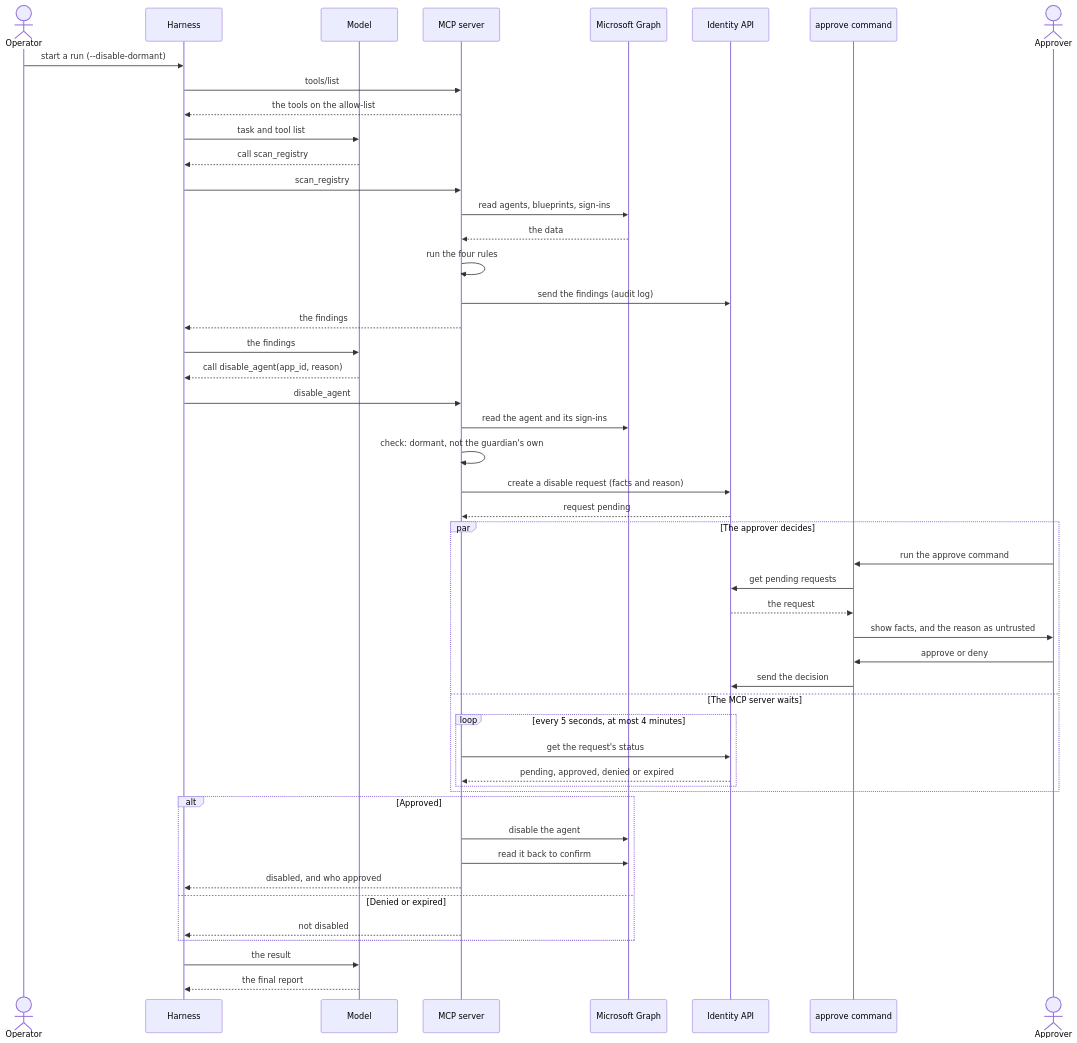
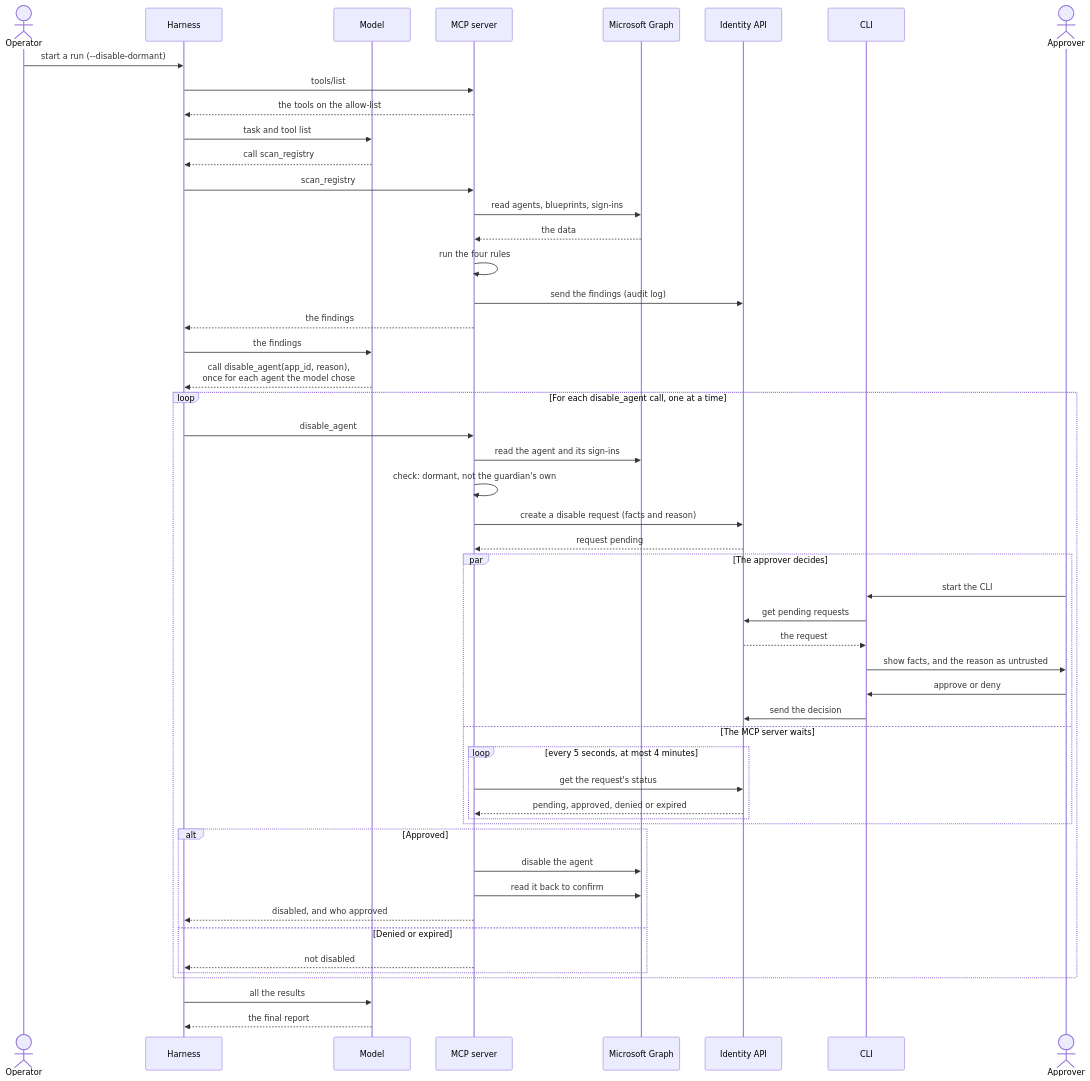
Before and after one commit to alireza-mpr/agent-steward: the fourth of 6 diagrams in docs/agent-architecture.md, drawn with Mermaid. The commit also changed other lines of this file, not shown here.

Commit message:
docs: main flow: the harness runs each disable_agent call in turn; CLI on the approver's side

````diff
--- a/docs/agent-architecture.md
+++ b/docs/agent-architecture.md
@@ -437,55 +437,59 @@
 ```mermaid
 sequenceDiagram
     actor O as Operator
     participant H as Harness
     participant L as Model
     participant M as MCP server
     participant G as Microsoft Graph
     participant A as Identity API
-    participant C as approve command
+    participant C as CLI
     actor P as Approver
 
     O->>H: start a run (--disable-dormant)
     H->>M: tools/list
     M-->>H: the tools on the allow-list
     H->>L: task and tool list
     L-->>H: call scan_registry
     H->>M: scan_registry
     M->>G: read agents, blueprints, sign-ins
     G-->>M: the data
     M->>M: run the four rules
     M->>A: send the findings (audit log)
     M-->>H: the findings
     H->>L: the findings
 
-    L-->>H: call disable_agent(app_id, reason)
-    H->>M: disable_agent
-    M->>G: read the agent and its sign-ins
-    M->>M: check: dormant, not the guardian's own
-    M->>A: create a disable request (facts and reason)
-    A-->>M: request pending
+    L-->>H: call disable_agent(app_id, reason),<br/>once for each agent the model chose
 
-    par The approver decides
-        P->>C: run the approve command
-        C->>A: get pending requests
-        A-->>C: the request
-        C->>P: show facts, and the reason as untrusted
-        P->>C: approve or deny
-        C->>A: send the decision
-    and The MCP server waits
-        loop every 5 seconds, at most 4 minutes
-            M->>A: get the request's status
-            A-->>M: pending, approved, denied or expired
+    loop For each disable_agent call, one at a time
+        H->>M: disable_agent
+        M->>G: read the agent and its sign-ins
+        M->>M: check: dormant, not the guardian's own
+        M->>A: create a disable request (facts and reason)
+        A-->>M: request pending
+
+        par The approver decides
+            P->>C: start the CLI
+            C->>A: get pending requests
+            A-->>C: the request
+            C->>P: show facts, and the reason as untrusted
+            P->>C: approve or deny
+            C->>A: send the decision
+        and The MCP server waits
+            loop every 5 seconds, at most 4 minutes
+                M->>A: get the request's status
+                A-->>M: pending, approved, denied or expired
+            end
+        end
+
+        alt Approved
+            M->>G: disable the agent
+            M->>G: read it back to confirm
+            M-->>H: disabled, and who approved
+        else Denied or expired
+            M-->>H: not disabled
         end
     end
 
-    alt Approved
-        M->>G: disable the agent
-        M->>G: read it back to confirm
-        M-->>H: disabled, and who approved
-    else Denied or expired
-        M-->>H: not disabled
-    end
-    H->>L: the result
+    H->>L: all the results
     L-->>H: the final report
 ```
````
